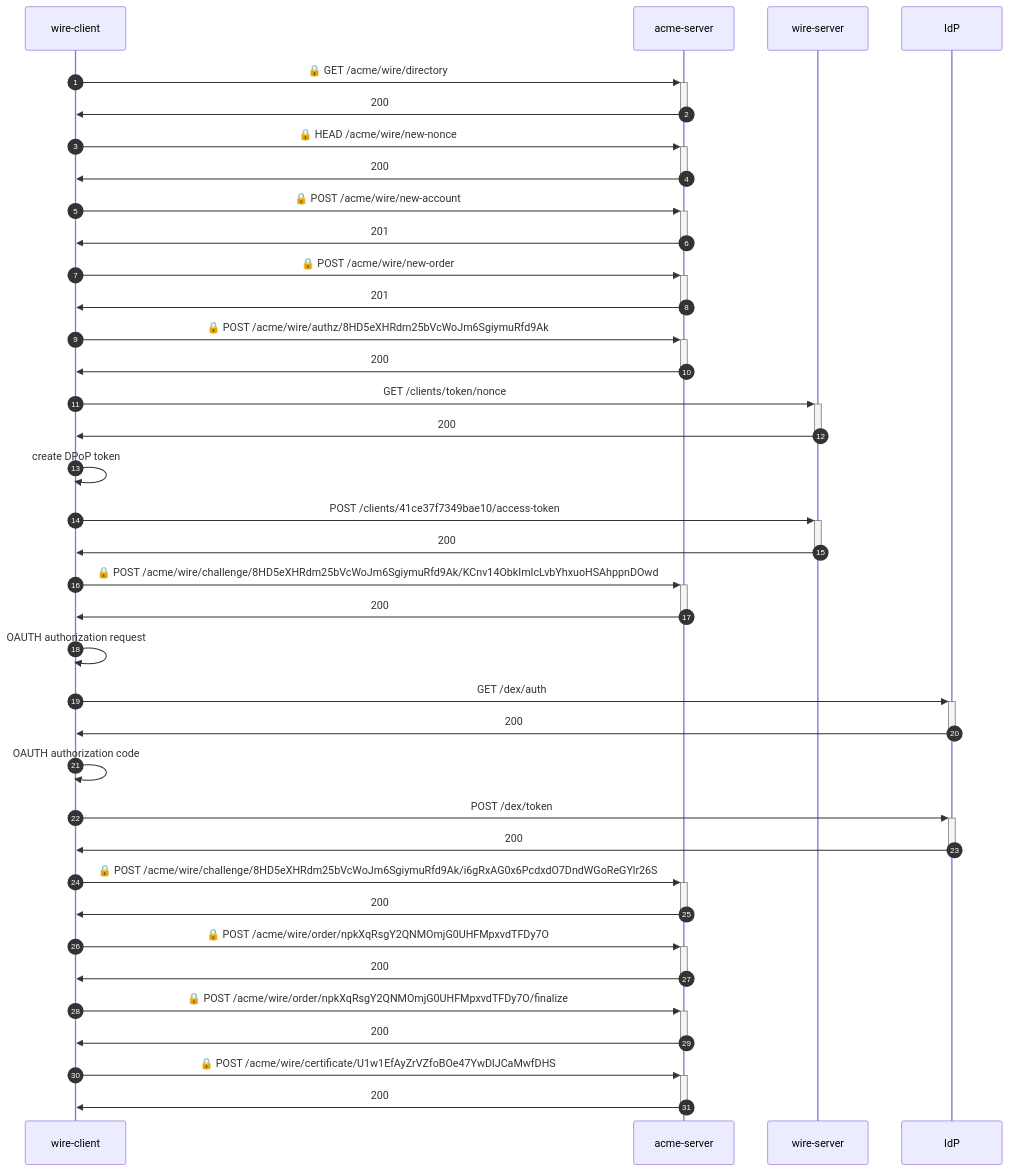
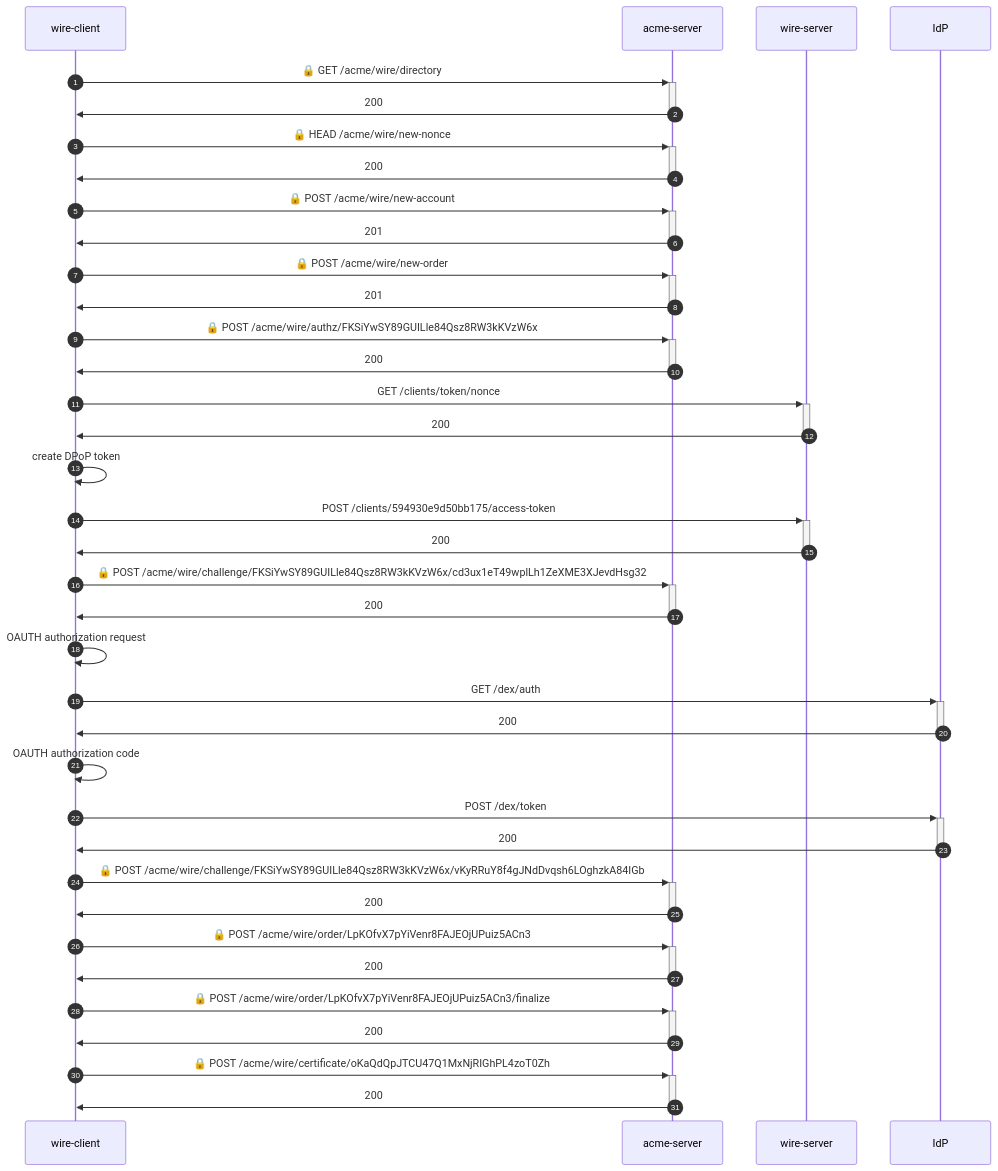
The diagram in e2e-identity/README.md (wireapp/rusty-jwt-tools), drawn with Mermaid before and after one commit. The commit also changed other lines of this file and 7 other files, not shown here.

````diff
--- a/e2e-identity/README.md
+++ b/e2e-identity/README.md
@@ -3,35 +3,35 @@
 ```mermaid
 sequenceDiagram
     autonumber
     wire-client->>+acme-server: 🔒 GET /acme/wire/directory
     acme-server->>-wire-client: 200
     wire-client->>+acme-server: 🔒 HEAD /acme/wire/new-nonce
     acme-server->>-wire-client: 200
     wire-client->>+acme-server: 🔒 POST /acme/wire/new-account
     acme-server->>-wire-client: 201
     wire-client->>+acme-server: 🔒 POST /acme/wire/new-order
     acme-server->>-wire-client: 201
-    wire-client->>+acme-server: 🔒 POST /acme/wire/authz/8HD5eXHRdm25bVcWoJm6SgiymuRfd9Ak
+    wire-client->>+acme-server: 🔒 POST /acme/wire/authz/FKSiYwSY89GUILle84Qsz8RW3kKVzW6x
     acme-server->>-wire-client: 200
     wire-client->>+wire-server:  GET /clients/token/nonce
     wire-server->>-wire-client: 200
     wire-client->>wire-client: create DPoP token
-    wire-client->>+wire-server:  POST /clients/41ce37f7349bae10/access-token
+    wire-client->>+wire-server:  POST /clients/594930e9d50bb175/access-token
     wire-server->>-wire-client: 200
-    wire-client->>+acme-server: 🔒 POST /acme/wire/challenge/8HD5eXHRdm25bVcWoJm6SgiymuRfd9Ak/KCnv14ObkImIcLvbYhxuoHSAhppnDOwd
+    wire-client->>+acme-server: 🔒 POST /acme/wire/challenge/FKSiYwSY89GUILle84Qsz8RW3kKVzW6x/cd3ux1eT49wplLh1ZeXME3XJevdHsg32
     acme-server->>-wire-client: 200
     wire-client->>wire-client: OAUTH authorization request
     wire-client->>+IdP:  GET /dex/auth
     IdP->>-wire-client: 200
     wire-client->>wire-client: OAUTH authorization code
     wire-client->>+IdP:  POST /dex/token
     IdP->>-wire-client: 200
-    wire-client->>+acme-server: 🔒 POST /acme/wire/challenge/8HD5eXHRdm25bVcWoJm6SgiymuRfd9Ak/i6gRxAG0x6PcdxdO7DndWGoReGYlr26S
+    wire-client->>+acme-server: 🔒 POST /acme/wire/challenge/FKSiYwSY89GUILle84Qsz8RW3kKVzW6x/vKyRRuY8f4gJNdDvqsh6LOghzkA84IGb
     acme-server->>-wire-client: 200
-    wire-client->>+acme-server: 🔒 POST /acme/wire/order/npkXqRsgY2QNMOmjG0UHFMpxvdTFDy7O
+    wire-client->>+acme-server: 🔒 POST /acme/wire/order/LpKOfvX7pYiVenr8FAJEOjUPuiz5ACn3
     acme-server->>-wire-client: 200
-    wire-client->>+acme-server: 🔒 POST /acme/wire/order/npkXqRsgY2QNMOmjG0UHFMpxvdTFDy7O/finalize
+    wire-client->>+acme-server: 🔒 POST /acme/wire/order/LpKOfvX7pYiVenr8FAJEOjUPuiz5ACn3/finalize
     acme-server->>-wire-client: 200
-    wire-client->>+acme-server: 🔒 POST /acme/wire/certificate/U1w1EfAyZrVZfoBOe47YwDlJCaMwfDHS
+    wire-client->>+acme-server: 🔒 POST /acme/wire/certificate/oKaQdQpJTCU47Q1MxNjRIGhPL4zoT0Zh
     acme-server->>-wire-client: 200
 ```
````
